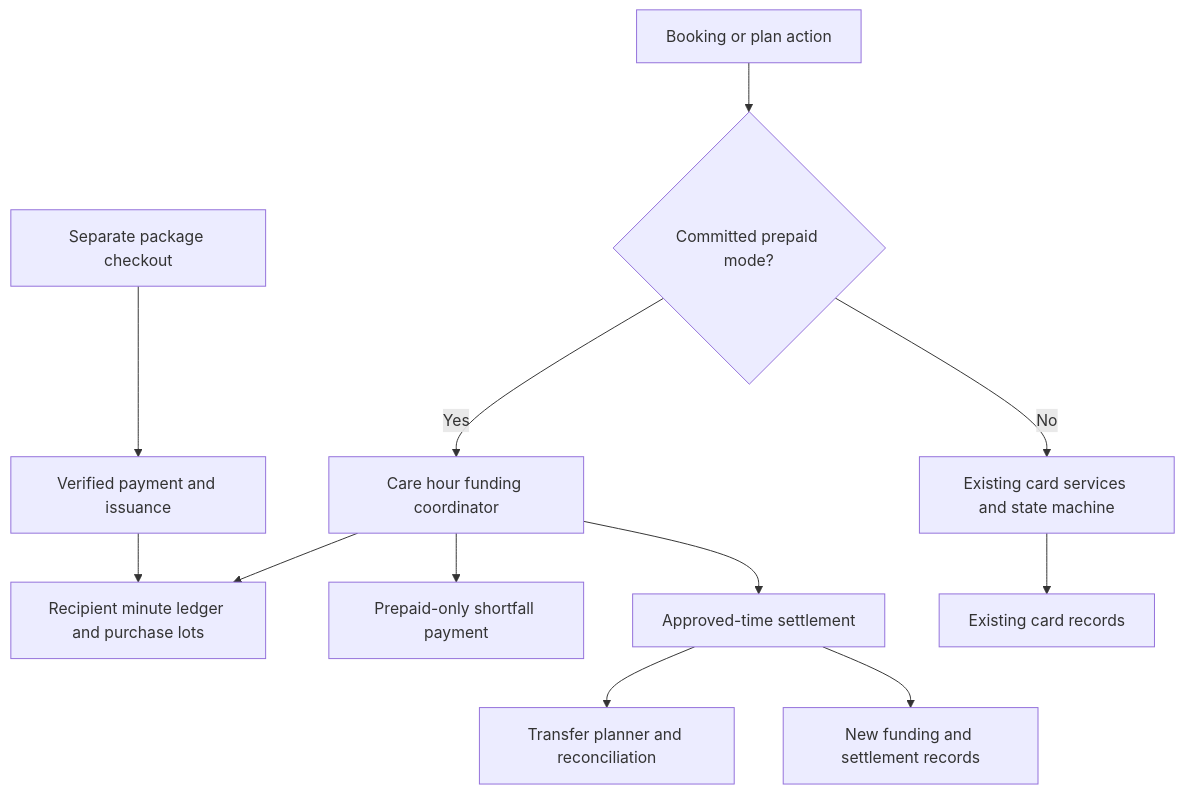
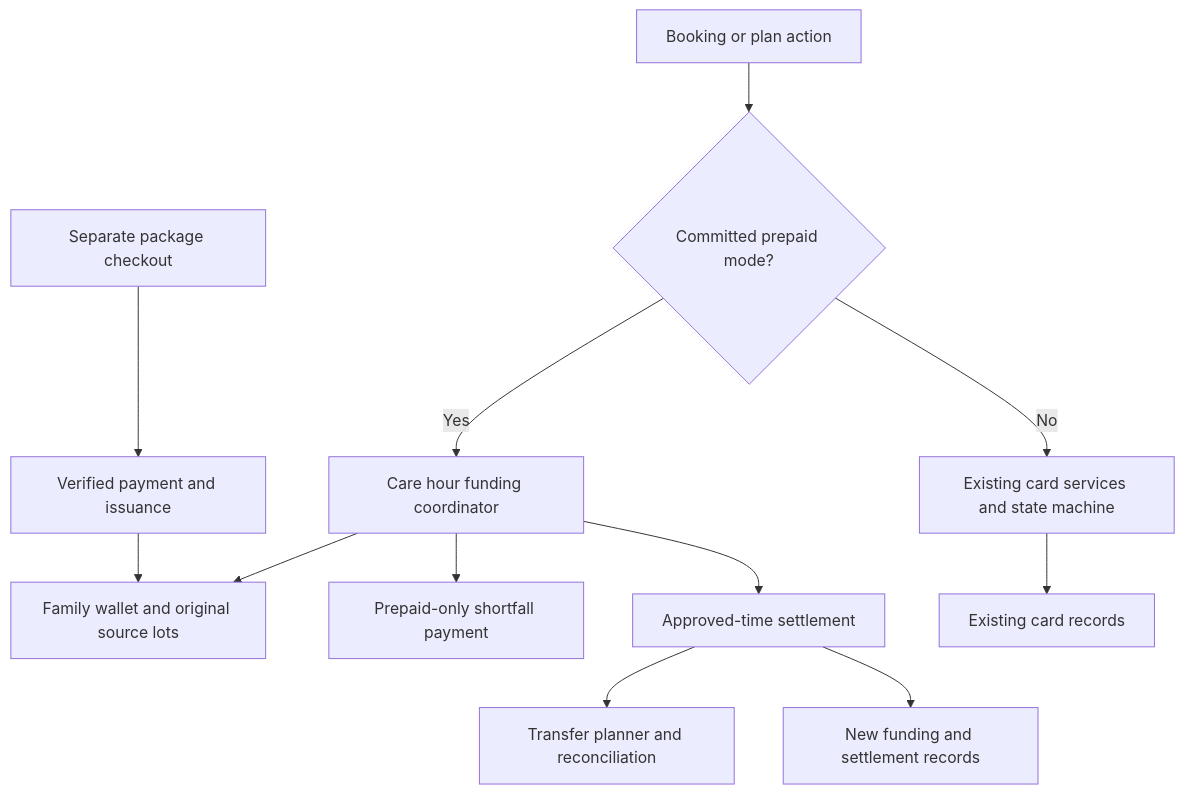
Before and after one commit to Tpev/homecare: the diagram in docs/product/prepaid-care-hours-implementation-plan.md, drawn with Mermaid. The commit also changed other lines of this file and 62 other files, not shown here.

````diff
--- a/docs/product/prepaid-care-hours-implementation-plan.md
+++ b/docs/product/prepaid-care-hours-implementation-plan.md
@@ -74,14 +82,14 @@
 ```mermaid
 flowchart TD
     A[Booking or plan action] --> B{Committed prepaid mode?}
     B -->|No| C[Existing card services and state machine]
     B -->|Yes| D[Care hour funding coordinator]
     P[Separate package checkout] --> Q[Verified payment and issuance]
-    Q --> L[Recipient minute ledger and purchase lots]
+    Q --> L[Family wallet and original source lots]
     D --> L
     D --> S[Prepaid-only shortfall payment]
     D --> E[Approved-time settlement]
     E --> T[Transfer planner and reconciliation]
     C --> O[Existing card records]
     E --> N[New funding and settlement records]
 ```
````
